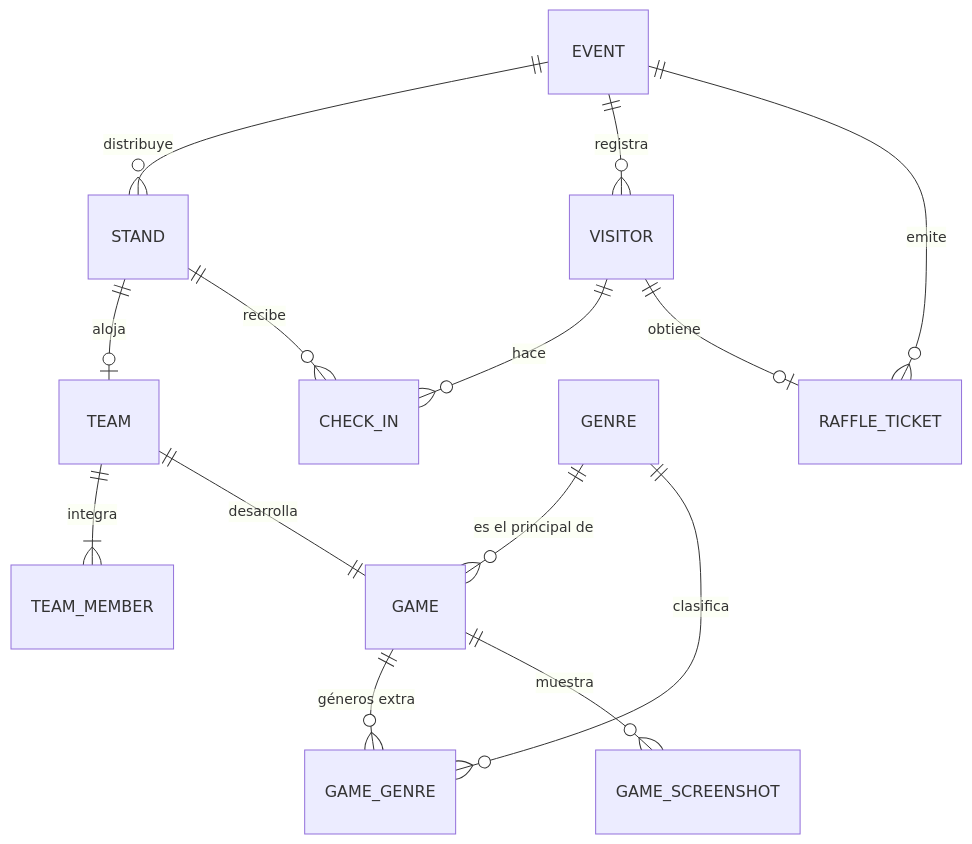
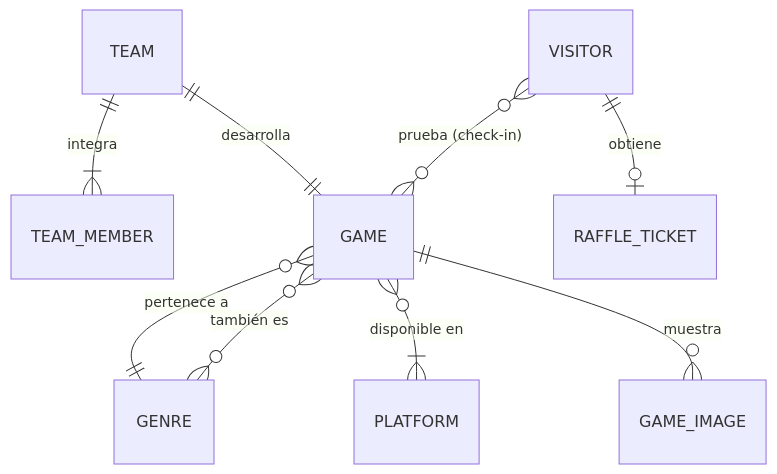
One commit to ikabeee/ut-e3 changed the first of 3 diagrams in docs/data-model.md. Above: the diagram before and after it, drawn with Mermaid. The commit also changed other lines of this file and 37 other files, not shown here.

````diff
--- a/docs/data-model.md
+++ b/docs/data-model.md
@@ -33,16 +58,11 @@
 ```mermaid
 erDiagram
-    EVENT ||--o{ STAND : "distribuye"
-    EVENT ||--o{ VISITOR : "registra"
-    EVENT ||--o{ RAFFLE_TICKET : "emite"
-    STAND ||--o| TEAM : "aloja"
     TEAM ||--|{ TEAM_MEMBER : "integra"
     TEAM ||--|| GAME : "desarrolla"
-    GENRE ||--o{ GAME : "es el principal de"
-    GAME ||--o{ GAME_GENRE : "géneros extra"
-    GENRE ||--o{ GAME_GENRE : "clasifica"
-    GAME ||--o{ GAME_SCREENSHOT : "muestra"
-    VISITOR ||--o{ CHECK_IN : "hace"
-    STAND ||--o{ CHECK_IN : "recibe"
+    GAME }o--|| GENRE : "pertenece a"
+    GAME }o--o{ GENRE : "también es"
+    GAME }o--|{ PLATFORM : "disponible en"
+    GAME ||--o{ GAME_IMAGE : "muestra"
+    VISITOR }o--o{ GAME : "prueba (check-in)"
     VISITOR ||--o| RAFFLE_TICKET : "obtiene"
 ```
````
